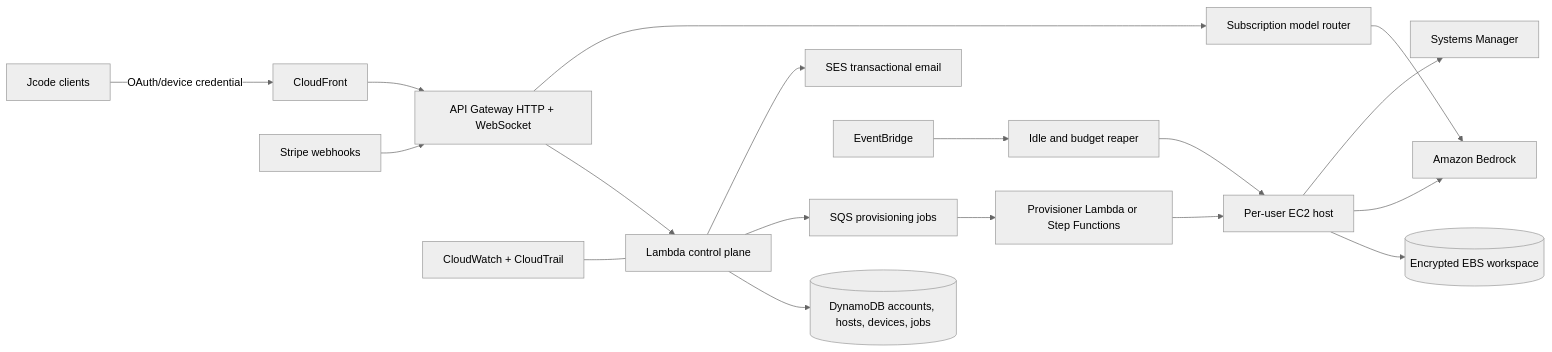
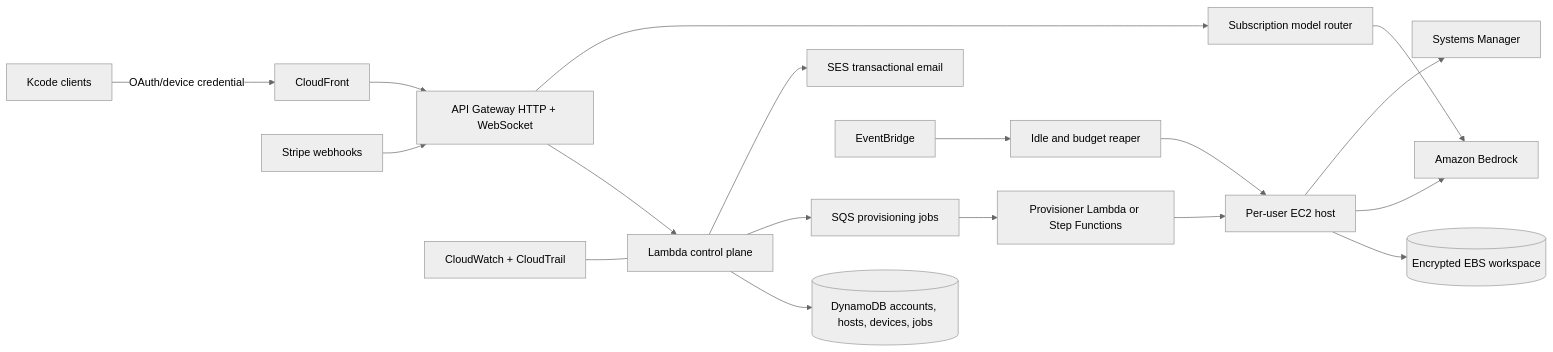
The diagram in docs/JCODE_CLOUD_AWS.md (KooshaPari/KCode), drawn with Mermaid (neutral theme) before and after one commit. The commit also changed other lines of this file and 2773 other files, not shown here.

First line of the commit message:
feat(decollide): rename jcode -> kcode (1 of 2 PRs) (#31)

````diff
--- a/docs/JCODE_CLOUD_AWS.md
+++ b/docs/JCODE_CLOUD_AWS.md
@@ -27,20 +27,20 @@
 ```mermaid
 flowchart LR
-  C[Jcode clients] -->|OAuth/device credential| CF[CloudFront]
+  C[Kcode clients] -->|OAuth/device credential| CF[CloudFront]
   CF --> APIGW[API Gateway HTTP + WebSocket]
   APIGW --> CP[Lambda control plane]
   CP --> DDB[(DynamoDB accounts, hosts, devices, jobs)]
   CP --> SQS[SQS provisioning jobs]
   SQS --> PROV[Provisioner Lambda or Step Functions]
   PROV --> EC2[Per-user EC2 host]
   EC2 --> EBS[(Encrypted EBS workspace)]
   EC2 --> BR[Amazon Bedrock]
   EC2 --> SSM[Systems Manager]
   APIGW --> ROUTER[Subscription model router]
   ROUTER --> BR
   EV[EventBridge] --> REAPER[Idle and budget reaper]
   REAPER --> EC2
   BILL[Stripe webhooks] --> APIGW
   CP --> SES[SES transactional email]
   LOG[CloudWatch + CloudTrail] --- CP
 ```
````
